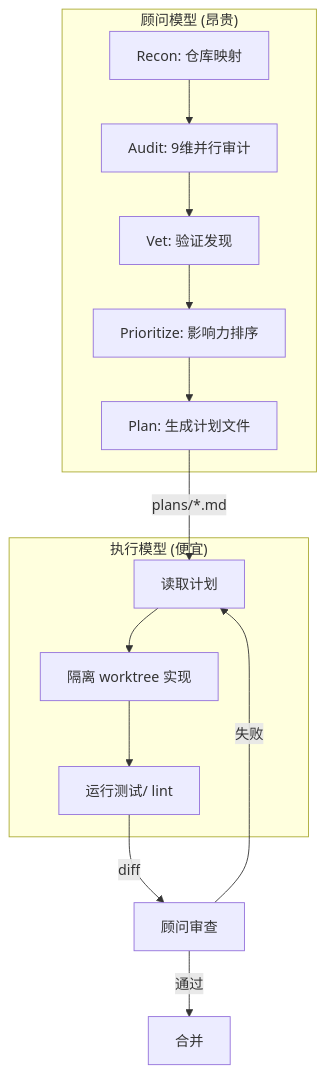
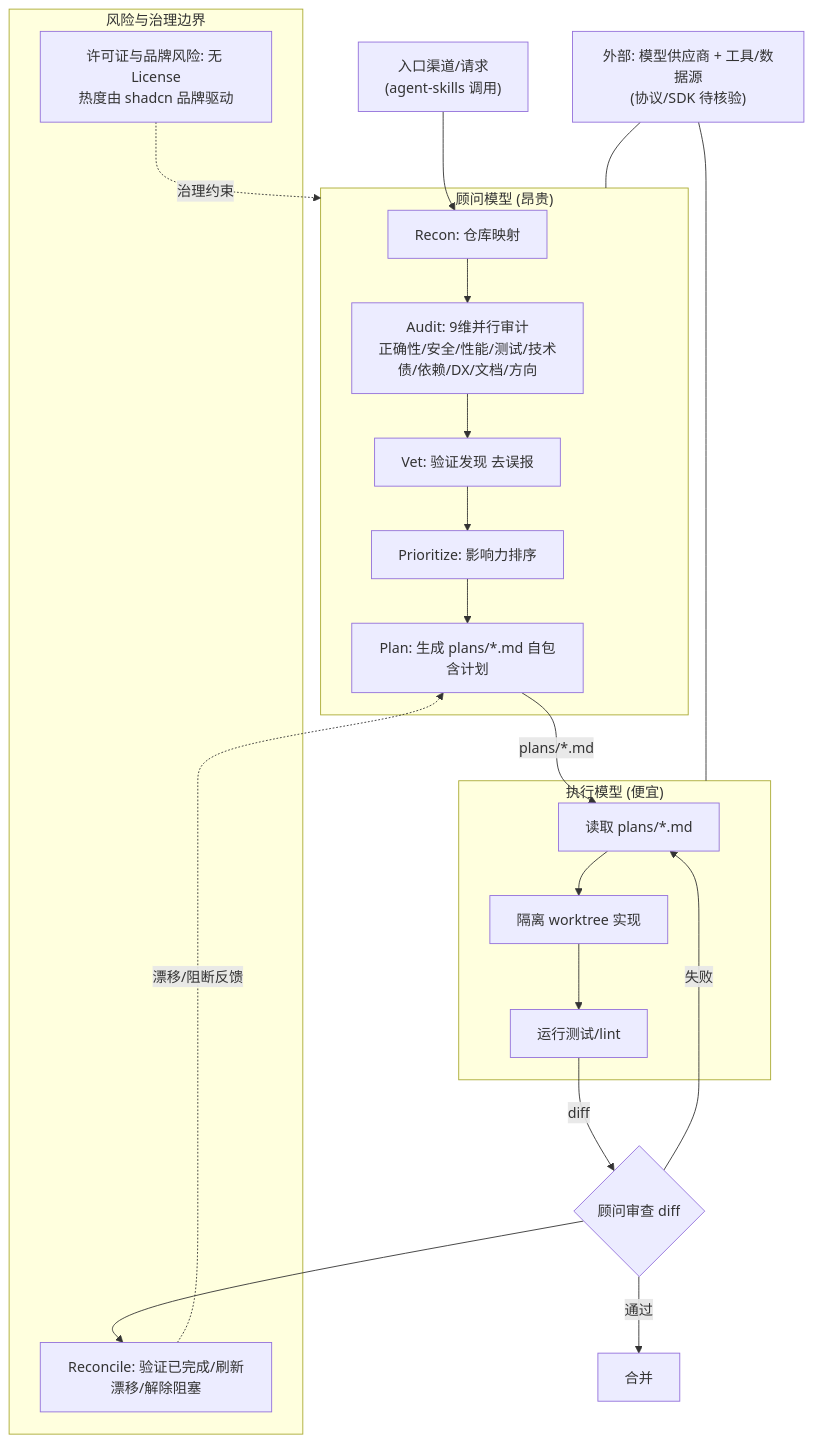
One commit to aiutil/github-researcher changed the diagram in projects/shadcn-improve.md. Above: the diagram before and after it, drawn with Mermaid. The commit also changed other lines of this file and 939 other files, not shown here.

Commit message:
feat: add architect briefs and Mermaid project maps

````diff
--- a/projects/shadcn-improve.md
+++ b/projects/shadcn-improve.md
@@ -45,19 +58,27 @@
 ```mermaid
 flowchart TB
     subgraph 顾问模型["顾问模型 (昂贵)"]
-        A[Recon: 仓库映射] --> B[Audit: 9维并行审计]
-        B --> C[Vet: 验证发现]
+        A[Recon: 仓库映射] --> B[Audit: 9维并行审计<br/>正确性/安全/性能/测试/技术债/依赖/DX/文档/方向]
+        B --> C[Vet: 验证发现 去误报]
         C --> D[Prioritize: 影响力排序]
-        D --> E[Plan: 生成计划文件]
+        D --> E[Plan: 生成 plans/*.md 自包含计划]
     end
-    
     subgraph 执行模型["执行模型 (便宜)"]
-        F[读取计划] --> G[隔离 worktree 实现]
-        G --> H[运行测试/ lint]
+        F[读取 plans/*.md] --> G[隔离 worktree 实现]
+        G --> H[运行测试/lint]
     end
-    
+    subgraph 风险边界["风险与治理边界"]
+        R1[Reconcile: 验证已完成/刷新漂移/解除阻塞]
+        R2[许可证与品牌风险: 无 License<br/>热度由 shadcn 品牌驱动]
+    end
+    入口["入口渠道/请求<br/>(agent-skills 调用)"] --> A
     E -->|plans/*.md| F
-    H -->|diff| I[顾问审查]
+    H -->|diff| I{顾问审查 diff}
     I -->|通过| J[合并]
     I -->|失败| F
+    I --> R1
+    R1 -.漂移/阻断反馈.-> E
+    外部边界["外部: 模型供应商 + 工具/数据源<br/>(协议/SDK 待核验)"] --- 顾问模型
+    外部边界 --- 执行模型
+    R2 -.治理约束.-> 顾问模型
 ```
````
